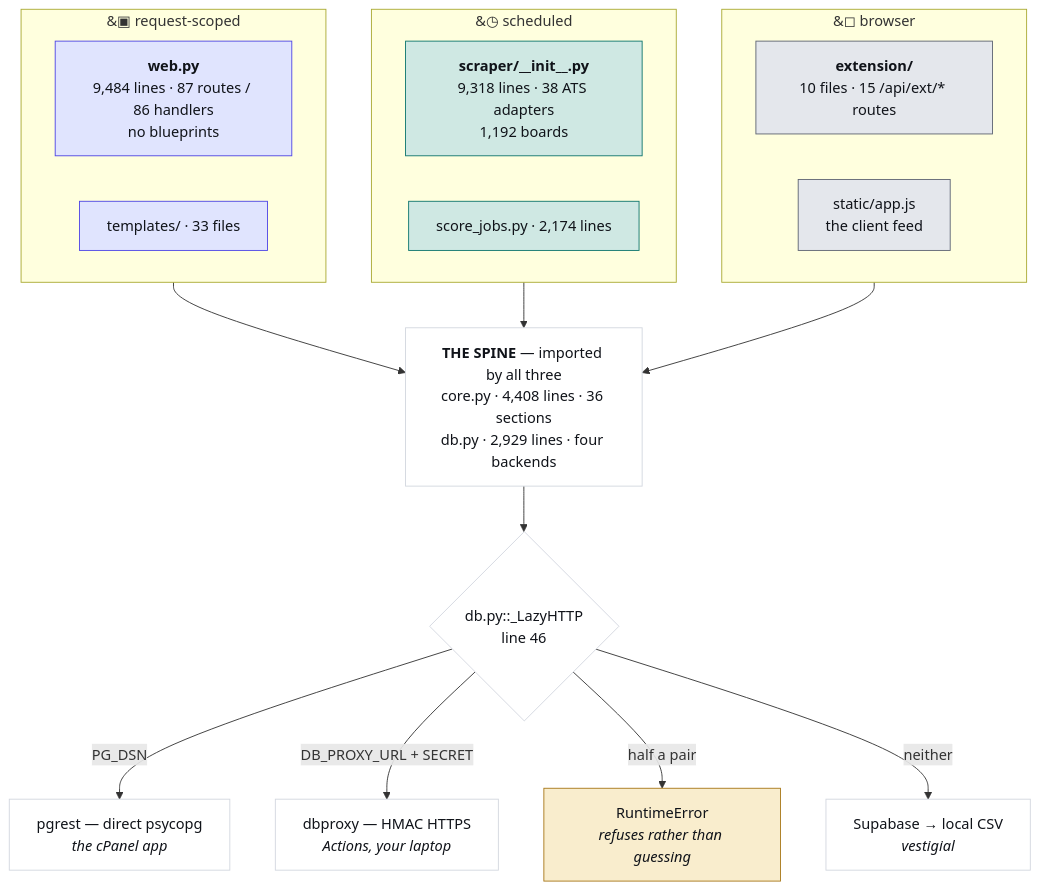
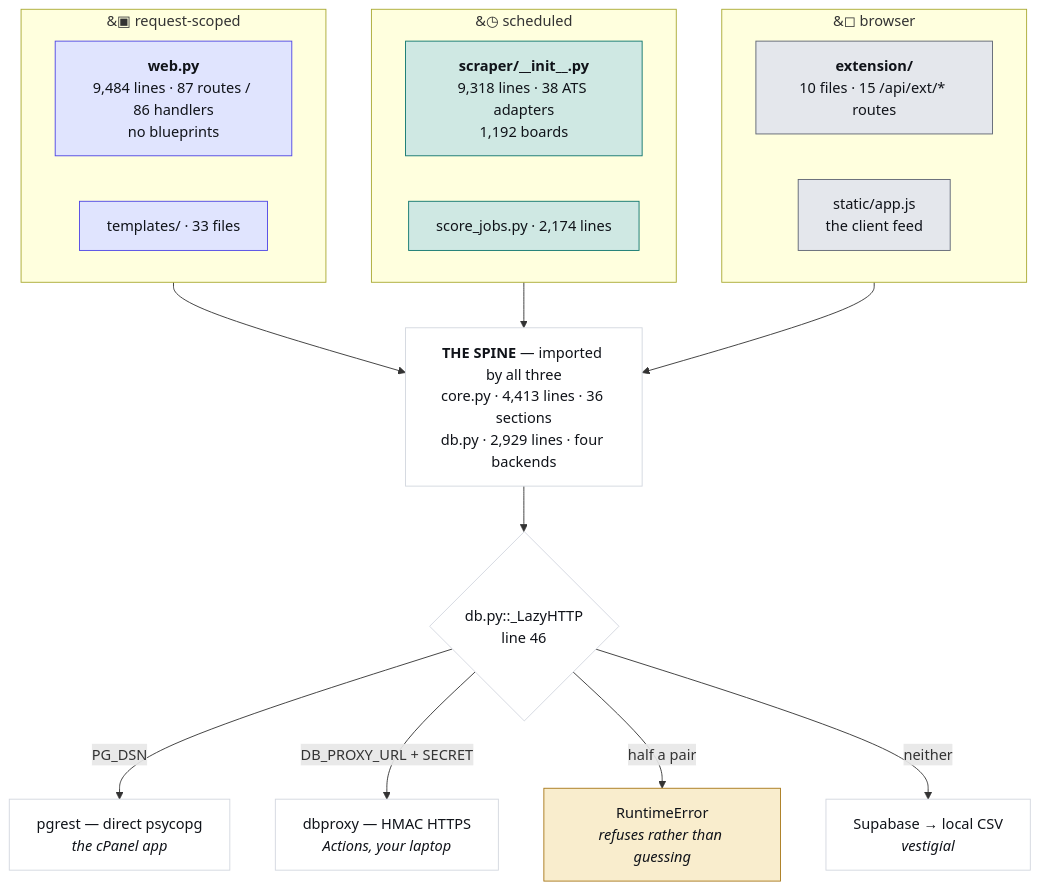
The first of 4 diagrams in JobMatch Scraper/docs/ARCHITECTURE.md (hadakunal909-debug/job-search-tool), drawn with Mermaid before and after one commit. The commit also changed 8 other files, not shown here.

````diff
--- a/JobMatch Scraper/docs/ARCHITECTURE.md
+++ b/JobMatch Scraper/docs/ARCHITECTURE.md
@@ -45,34 +45,34 @@
 ```mermaid
 flowchart TB
   subgraph REQ["&#9635; request-scoped"]
     W["<b>web.py</b><br/>9,484 lines · 87 routes / 86 handlers<br/>no blueprints"]
     T["templates/ · 33 files"]
   end
   subgraph SCH["&#9719; scheduled"]
     S["<b>scraper/__init__.py</b><br/>9,318 lines · 38 ATS adapters<br/>1,192 boards"]
     J["score_jobs.py · 2,174 lines"]
   end
   subgraph CLI["&#9723; browser"]
     E["<b>extension/</b><br/>10 files · 15 /api/ext/* routes"]
     A["static/app.js<br/>the client feed"]
   end
-  SPINE["<b>THE SPINE</b> — imported by all three<br/>core.py · 4,408 lines · 36 sections<br/>db.py · 2,929 lines · four backends"]
+  SPINE["<b>THE SPINE</b> — imported by all three<br/>core.py · 4,413 lines · 36 sections<br/>db.py · 2,929 lines · four backends"]
   REQ --> SPINE
   SCH --> SPINE
   CLI --> SPINE
   SPINE --> D{"db.py::_LazyHTTP<br/>line 46"}
   D -->|"PG_DSN"| P["pgrest — direct psycopg<br/><i>the cPanel app</i>"]
   D -->|"DB_PROXY_URL + SECRET"| X["dbproxy — HMAC HTTPS<br/><i>Actions, your laptop</i>"]
   D -->|"half a pair"| R["RuntimeError<br/><i>refuses rather than guessing</i>"]
   D -->|"neither"| V["Supabase → local CSV<br/><i>vestigial</i>"]
   classDef web fill:#e0e4fe,stroke:#4f46e5,color:#101319
   classDef sched fill:#cfe8e3,stroke:#0f766e,color:#101319
   classDef client fill:#e4e7ec,stroke:#5f6573,color:#101319
   classDef trap fill:#f9edcd,stroke:#a8781a,color:#101319
   classDef plain fill:#ffffff,stroke:#d3d7df,color:#101319
   class W,T web
   class S,J sched
   class E,A client
   class R trap
   class SPINE,D,P,X,V plain
 ```
````
